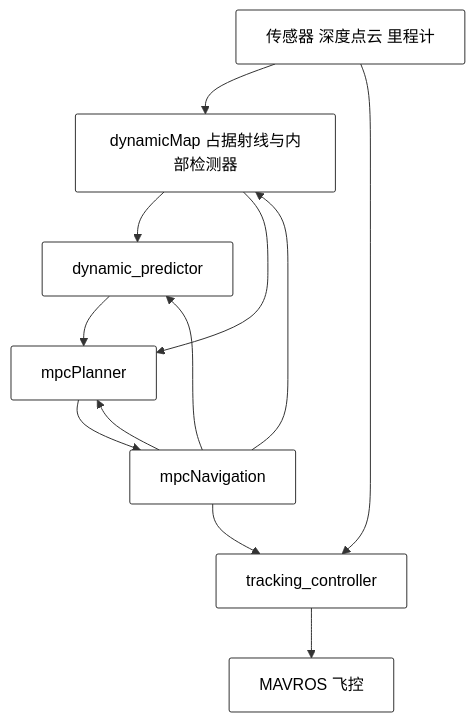
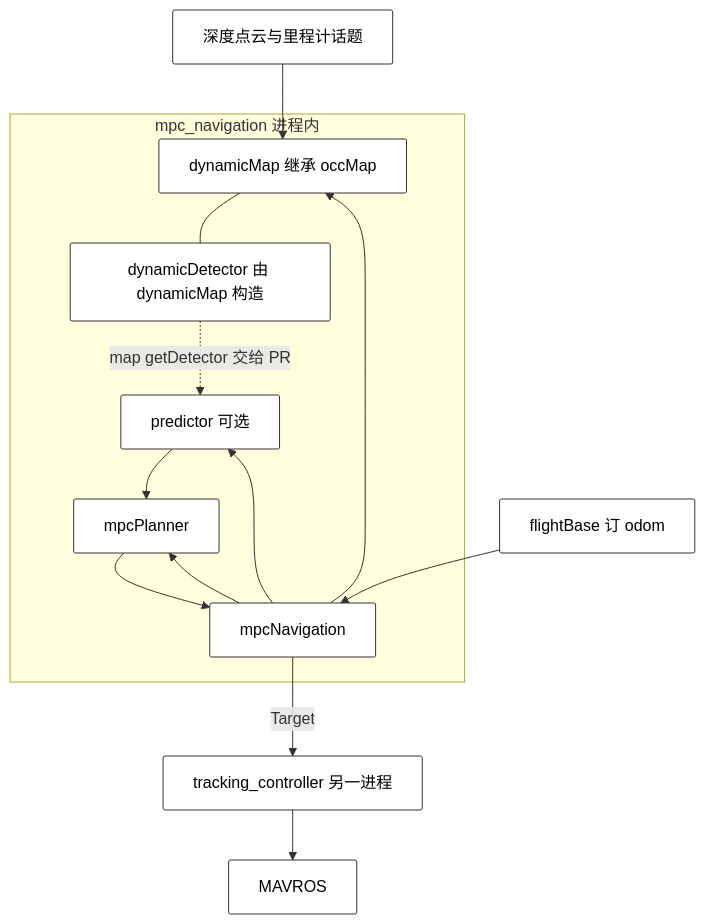
One commit to KwanWaiPang/KwanWaiPang.github.io changed the second of 11 diagrams in _posts/2026-05-02-Intent-MPC.md. Above: the diagram before and after it, drawn with Mermaid. The commit also changed other lines of this file, not shown here.

```diff
--- a/_posts/2026-05-02-Intent-MPC.md
+++ b/_posts/2026-05-02-Intent-MPC.md
@@ -89,16 +89,24 @@
 <div class="mermaid" style="display: flex; justify-content: center; width: 90%; margin: 0 auto;">
 graph TD
     classDef default fill:#fff,stroke:#333,stroke-width:1px,color:#000,rx:2,ry:2;
 
-    S[传感器 深度点云 里程计] --> DM[dynamicMap 占据射线与内部检测器]
-    S --> TC[tracking_controller]
-    DM --> DP[dynamic_predictor]
-    DM --> MPC[mpcPlanner]
-    DP --> MPC
-    AF[mpcNavigation] --> DM
-    AF --> DP
-    AF --> MPC
-    MPC --> AF
-    AF --> TC
-    TC --> Mav[MAVROS 飞控]
+    subgraph proc [mpc_navigation 进程内]
+        DM[dynamicMap 继承 occMap]
+        DET[dynamicDetector 由 dynamicMap 构造]
+        PR[predictor 可选]
+        MPC[mpcPlanner]
+        NAV[mpcNavigation]
+        DM --- DET
+        NAV --> DM
+        NAV --> PR
+        NAV --> MPC
+        DET -. map getDetector 交给 PR .-> PR
+        PR --> MPC
+        MPC --> NAV
+    end
+
+    S[深度点云与里程计话题] --> DM
+    FB[flightBase 订 odom] --> NAV
+    NAV -->|Target| TC[tracking_controller 另一进程]
+    TC --> MX[MAVROS]
 </div>
```
